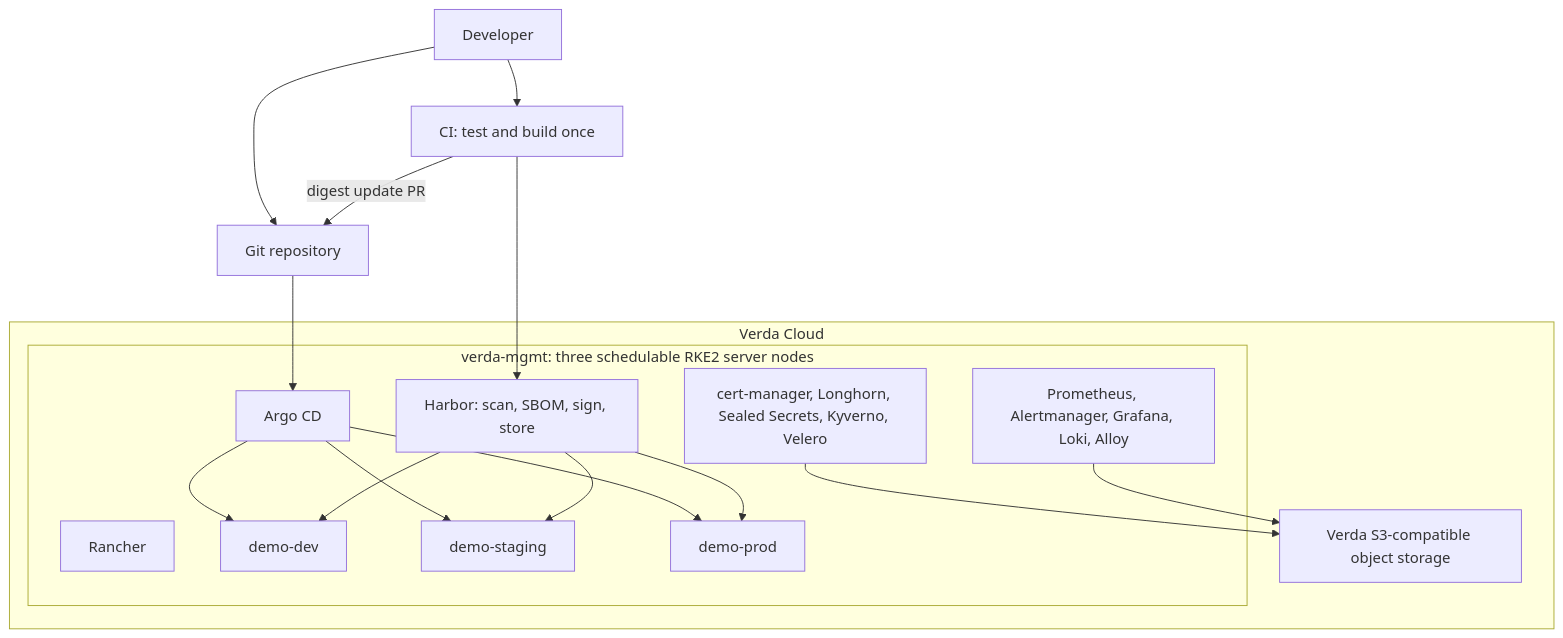
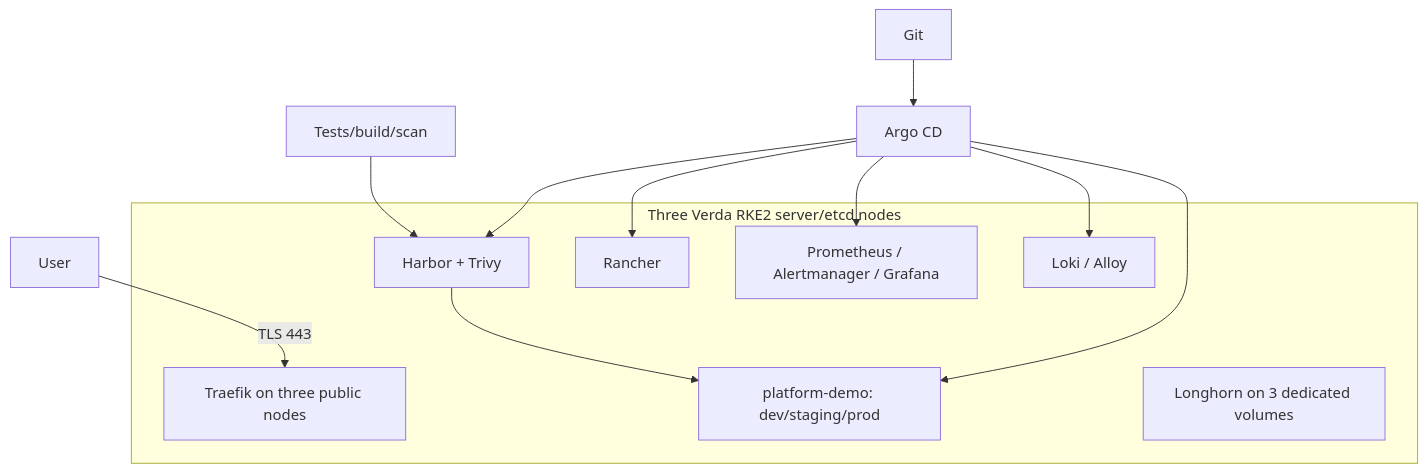
Before and after one commit to kaycee1771/verda-platform-takehome: the diagram in docs/architecture.md, drawn with Mermaid. The commit also changed other lines of this file and 39 other files, not shown here.

````diff
--- a/docs/architecture.md
+++ b/docs/architecture.md
@@ -11,31 +7,21 @@
 ```mermaid
 flowchart TB
-    Developer["Developer"] --> Git["Git repository"]
-    Developer --> CI["CI: test and build once"]
-    CI --> Harbor["Harbor: scan, SBOM, sign, store"]
-    CI -->|"digest update PR"| Git
-    Git --> Argo["Argo CD"]
-
-    subgraph Verda["Verda Cloud"]
-        subgraph Management["verda-mgmt: three schedulable RKE2 server nodes"]
-            Rancher["Rancher"]
-            Argo
-            Harbor
-            Observability["Prometheus, Alertmanager, Grafana, Loki, Alloy"]
-            Platform["cert-manager, Longhorn, Sealed Secrets, Kyverno, Velero"]
-            Dev["demo-dev"]
-            Staging["demo-staging"]
-            Prod["demo-prod"]
-        end
-        ObjectStorage["Verda S3-compatible object storage"]
-    end
-
-    Argo --> Dev
-    Argo --> Staging
-    Argo --> Prod
-    Harbor --> Dev
-    Harbor --> Staging
-    Harbor --> Prod
-    Platform --> ObjectStorage
-    Observability --> ObjectStorage
+  User -->|TLS 443| Ingress[Traefik on three public nodes]
+  Git --> Argo[Argo CD]
+  CI[Tests/build/scan] --> Harbor[Harbor + Trivy]
+  Harbor --> Apps[platform-demo: dev/staging/prod]
+  Argo --> Rancher
+  Argo --> Harbor
+  Argo --> Monitoring[Prometheus / Alertmanager / Grafana]
+  Argo --> Logging[Loki / Alloy]
+  Argo --> Apps
+  subgraph RKE2[Three Verda RKE2 server/etcd nodes]
+    Ingress
+    Rancher
+    Harbor
+    Monitoring
+    Logging
+    Apps
+    Longhorn[Longhorn on 3 dedicated volumes]
+  end
 ```
````
